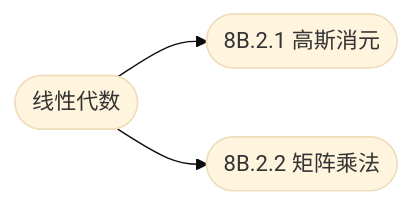
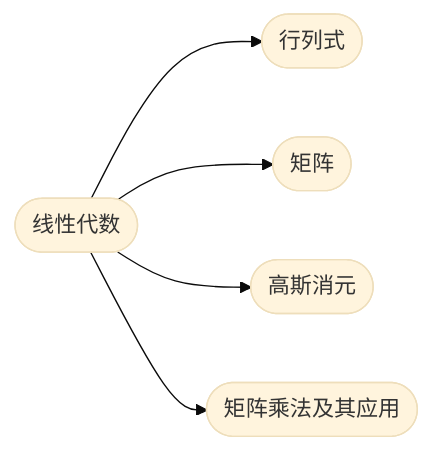
The diagram in 8B-数学/8B.2-线性代数/index.md (cuberxl/Coders-Note), drawn with Mermaid (base theme) before and after one commit. The commit also changed other lines of this file and 51 other files, not shown here.

````diff
--- a/8B-数学/8B.2-线性代数/index.md
+++ b/8B-数学/8B.2-线性代数/index.md
@@ -22,6 +24,8 @@
 ```mermaid
 flowchart LR
     R(["线性代数"])
-    R --> N1(["8B.2.1 高斯消元"])
-    R --> N2(["8B.2.2 矩阵乘法"])
+    R --> N1(["行列式"])
+    R --> N2(["矩阵"])
+    R --> N3(["高斯消元"])
+    R --> N4(["矩阵乘法及其应用"])
 ```
````
